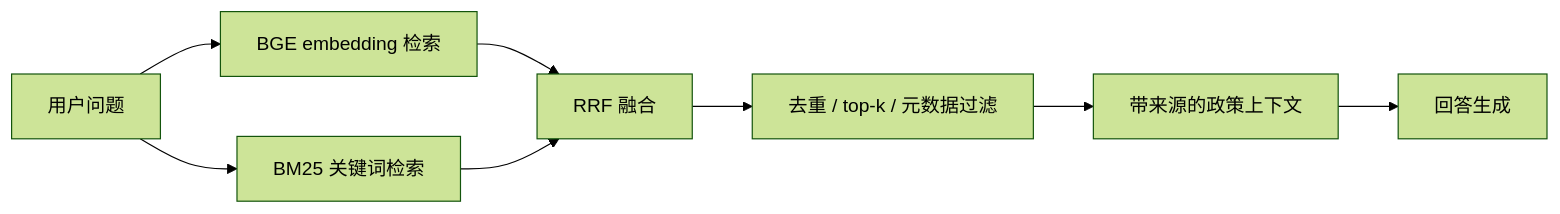
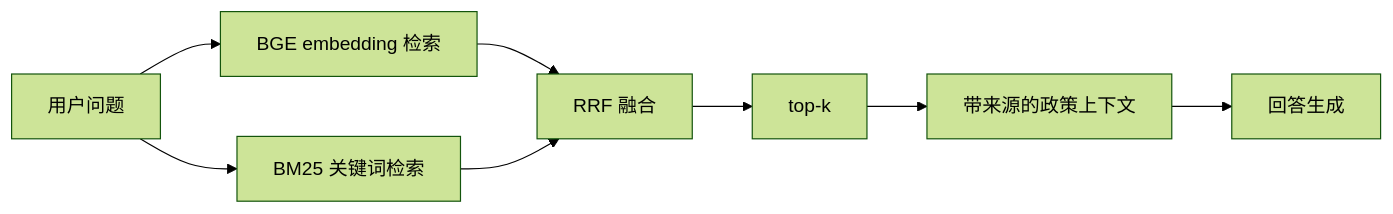
One commit to cogniverse-thinkplex/ecommerce-agent changed the first of 2 diagrams in docs/agent-course/07-policy-rag.md. Above: the diagram before and after it, drawn with Mermaid (forest theme). The commit also changed other lines of this file and 8 other files, not shown here.

````diff
--- a/docs/agent-course/07-policy-rag.md
+++ b/docs/agent-course/07-policy-rag.md
@@ -15,10 +15,10 @@
 ```mermaid
 flowchart LR
     Q[用户问题] --> Dense[BGE embedding 检索]
     Q --> Sparse[BM25 关键词检索]
     Dense --> RRF[RRF 融合]
     Sparse --> RRF
-    RRF --> Filter[去重 / top-k / 元数据过滤]
-    Filter --> Context[带来源的政策上下文]
+    RRF --> TopK[top-k]
+    TopK --> Context[带来源的政策上下文]
     Context --> Answer[回答生成]
 ```
````
